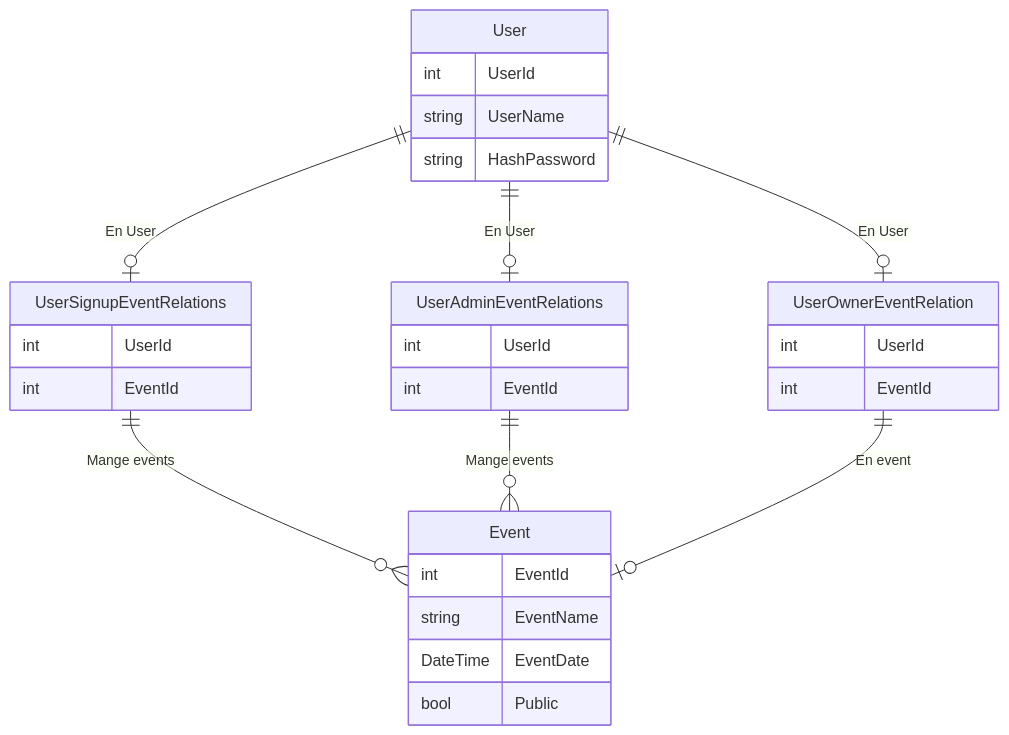
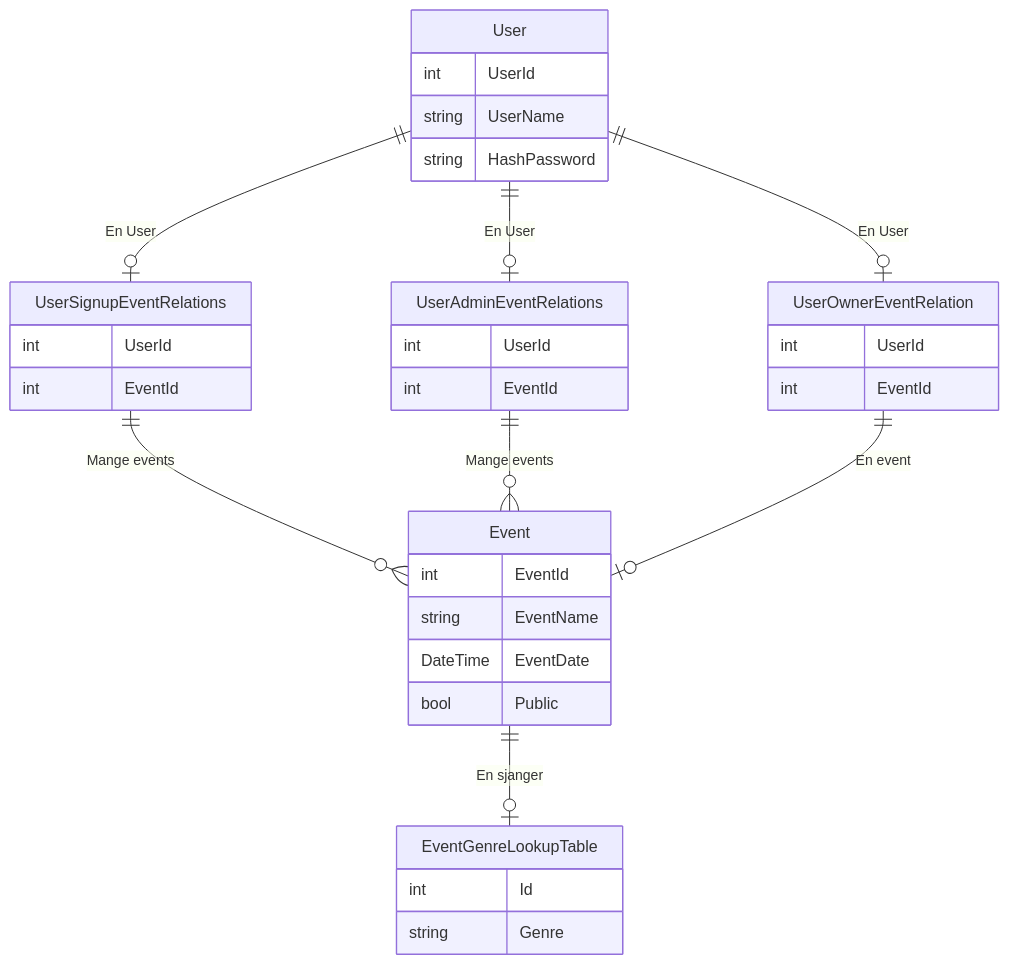
The ninth of 9 diagrams in design_document.md (JohnB08/Event_Signup_MVC), drawn with Mermaid before and after one commit. The commit also changed 13 other files, not shown here.

Commit message:
la til webapi template, oppdatert ERdiagram med genre lookup

````diff
--- a/design_document.md
+++ b/design_document.md
@@ -271,32 +271,37 @@
 ```mermaid
 erDiagram
     User {
         int UserId
         string UserName
         string HashPassword
     }
     Event {
         int EventId
         string EventName
         DateTime EventDate
         bool Public
     }
     UserSignupEventRelations{
         int UserId
         int EventId
     }
     UserAdminEventRelations{
         int UserId
         int EventId
     }
     UserOwnerEventRelation{
         int UserId
         int EventId
     }
+    EventGenreLookupTable{
+        int Id
+        string Genre
+    }
     User ||--o| UserSignupEventRelations: "En User"
     UserSignupEventRelations ||--o{ Event: "Mange events"
     User ||--o| UserAdminEventRelations: "En User"
     UserAdminEventRelations ||--o{ Event: "Mange events"
     User ||--o| UserOwnerEventRelation: "En User"
     UserOwnerEventRelation ||--o| Event: "En event"
+    Event ||--o| EventGenreLookupTable: "En sjanger"
 ```
````
